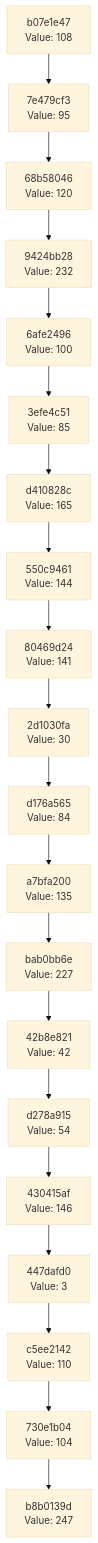
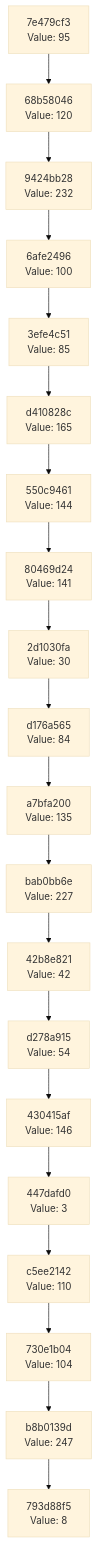
Before and after one commit to Abhisheksinha1506/hash-chain-evolver: the diagram in docs/CHAIN_VISUALIZATION.md, drawn with Mermaid (base theme). The commit also changed 3 other files, not shown here.

````diff
--- a/docs/CHAIN_VISUALIZATION.md
+++ b/docs/CHAIN_VISUALIZATION.md
@@ -3,42 +3,42 @@
 ```mermaid
 graph TD
-    C0["b8b0139d<br/>Value: 247"]
-    C1["730e1b04<br/>Value: 104"]
+    C0["793d88f5<br/>Value: 8"]
+    C1["b8b0139d<br/>Value: 247"]
     C1 --> C0
-    C2["c5ee2142<br/>Value: 110"]
+    C2["730e1b04<br/>Value: 104"]
     C2 --> C1
-    C3["447dafd0<br/>Value: 3"]
+    C3["c5ee2142<br/>Value: 110"]
     C3 --> C2
-    C4["430415af<br/>Value: 146"]
+    C4["447dafd0<br/>Value: 3"]
     C4 --> C3
-    C5["d278a915<br/>Value: 54"]
+    C5["430415af<br/>Value: 146"]
     C5 --> C4
-    C6["42b8e821<br/>Value: 42"]
+    C6["d278a915<br/>Value: 54"]
     C6 --> C5
-    C7["bab0bb6e<br/>Value: 227"]
+    C7["42b8e821<br/>Value: 42"]
     C7 --> C6
-    C8["a7bfa200<br/>Value: 135"]
+    C8["bab0bb6e<br/>Value: 227"]
     C8 --> C7
-    C9["d176a565<br/>Value: 84"]
+    C9["a7bfa200<br/>Value: 135"]
     C9 --> C8
-    C10["2d1030fa<br/>Value: 30"]
+    C10["d176a565<br/>Value: 84"]
     C10 --> C9
-    C11["80469d24<br/>Value: 141"]
+    C11["2d1030fa<br/>Value: 30"]
     C11 --> C10
-    C12["550c9461<br/>Value: 144"]
+    C12["80469d24<br/>Value: 141"]
     C12 --> C11
-    C13["d410828c<br/>Value: 165"]
+    C13["550c9461<br/>Value: 144"]
     C13 --> C12
-    C14["3efe4c51<br/>Value: 85"]
+    C14["d410828c<br/>Value: 165"]
     C14 --> C13
-    C15["6afe2496<br/>Value: 100"]
+    C15["3efe4c51<br/>Value: 85"]
     C15 --> C14
-    C16["9424bb28<br/>Value: 232"]
+    C16["6afe2496<br/>Value: 100"]
     C16 --> C15
-    C17["68b58046<br/>Value: 120"]
+    C17["9424bb28<br/>Value: 232"]
     C17 --> C16
-    C18["7e479cf3<br/>Value: 95"]
+    C18["68b58046<br/>Value: 120"]
     C18 --> C17
-    C19["b07e1e47<br/>Value: 108"]
+    C19["7e479cf3<br/>Value: 95"]
     C19 --> C18
 ```
````
